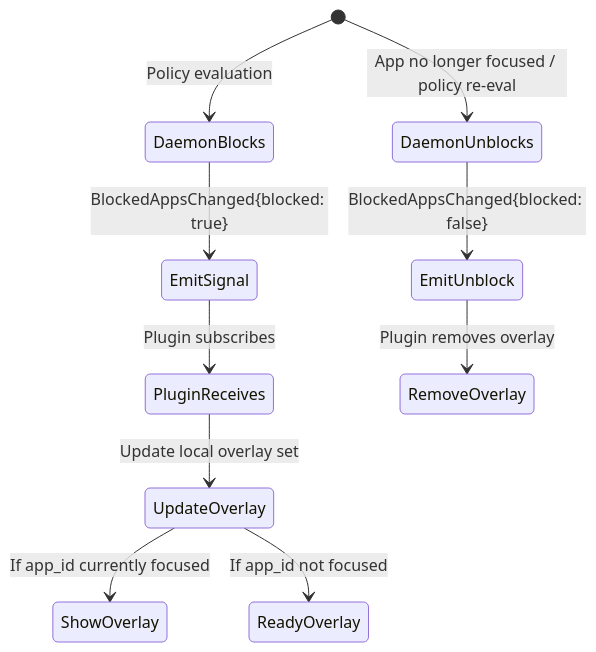
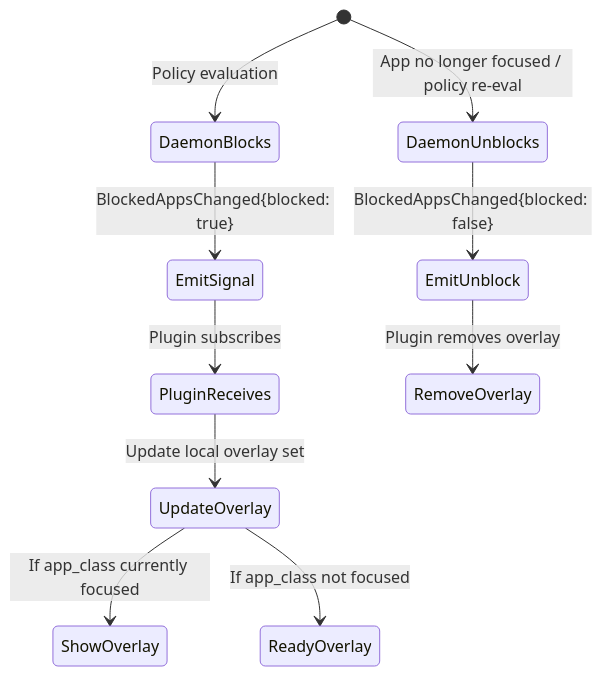
The third of 11 diagrams in docs/architecture/04-plugin-ipc.md (omar-khallaf/digital-wellbeing), drawn with Mermaid before and after one commit. The commit also changed other lines of this file and 132 other files, not shown here.

````diff
--- a/docs/architecture/04-plugin-ipc.md
+++ b/docs/architecture/04-plugin-ipc.md
@@ -107,13 +107,13 @@
 ```mermaid
 stateDiagram-v2
     [*] --> DaemonBlocks: Policy evaluation
     DaemonBlocks --> EmitSignal: BlockedAppsChanged{blocked: true}
     EmitSignal --> PluginReceives: Plugin subscribes
     PluginReceives --> UpdateOverlay: Update local overlay set
-    UpdateOverlay --> ShowOverlay: If app_id currently focused
-    UpdateOverlay --> ReadyOverlay: If app_id not focused
+    UpdateOverlay --> ShowOverlay: If app_class currently focused
+    UpdateOverlay --> ReadyOverlay: If app_class not focused
 
     [*] --> DaemonUnblocks: App no longer focused / policy re-eval
     DaemonUnblocks --> EmitUnblock: BlockedAppsChanged{blocked: false}
     EmitUnblock --> RemoveOverlay: Plugin removes overlay
 ```
````
